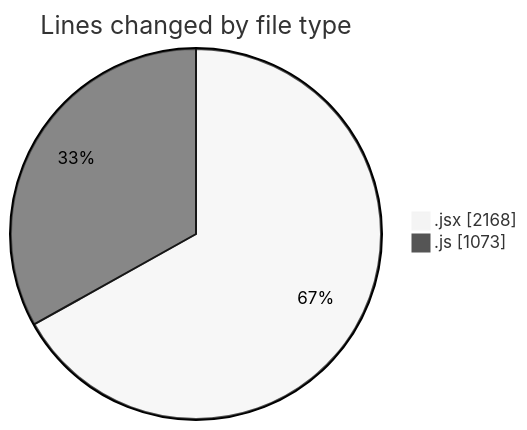
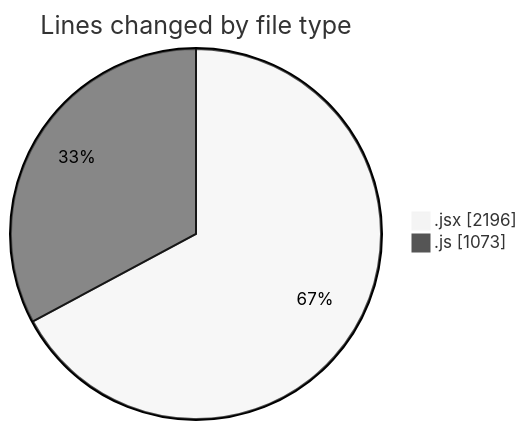
One commit to nxtqubesakshisongat/code-tracking changed the first of 2 diagrams in 2025-06-04/nxtqube_webapp/README.md. Above: the diagram before and after it, drawn with Mermaid (neutral theme). The commit also changed other lines of this file and 1 other file, not shown here.

````diff
--- a/2025-06-04/nxtqube_webapp/README.md
+++ b/2025-06-04/nxtqube_webapp/README.md
@@ -27,6 +27,6 @@
 ```mermaid
 pie showData
 title Lines changed by file type
-".jsx" : 2168
+".jsx" : 2196
 ".js" : 1073
 ```
````
